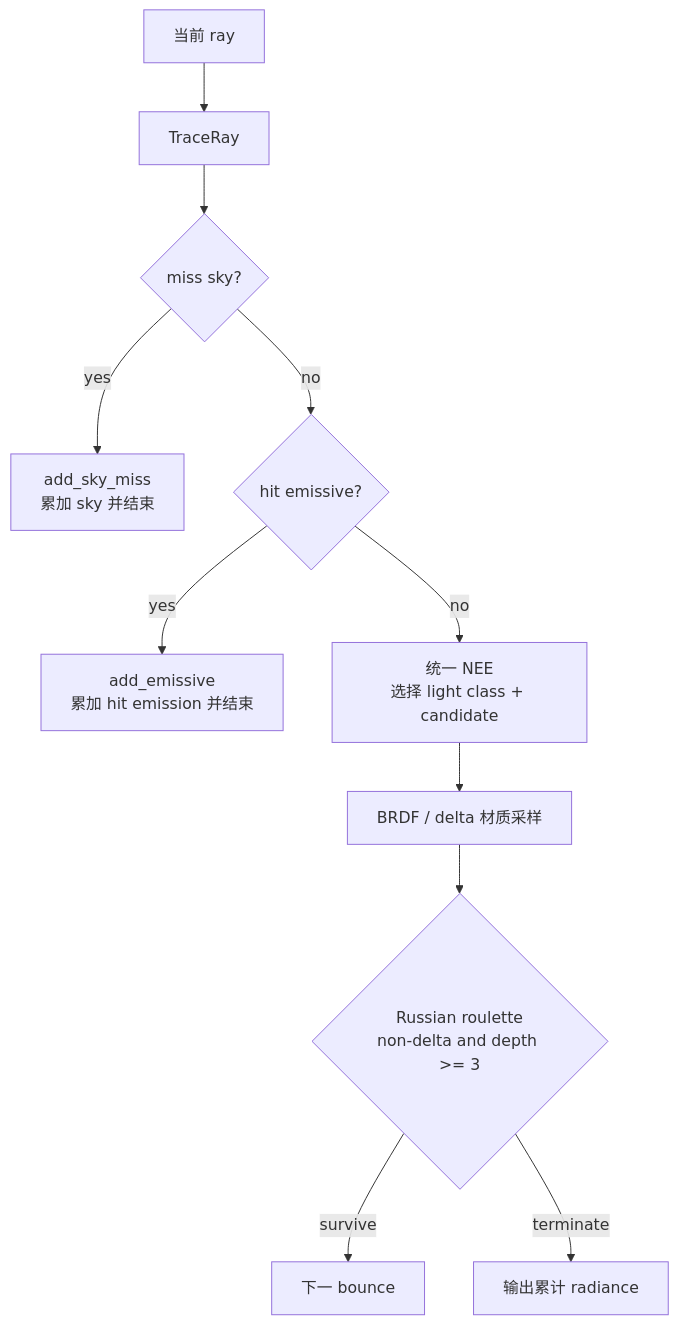
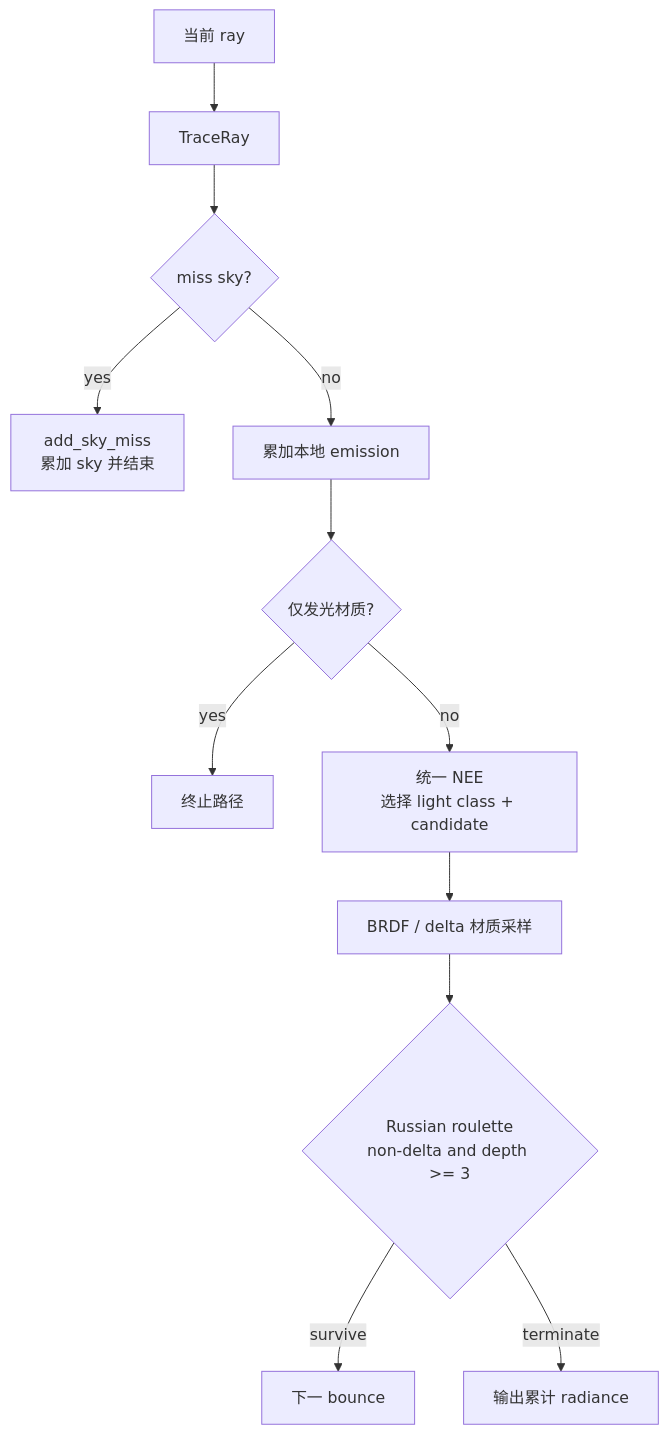
The diagram in docs/summaries/realtime-rt-raytracing-flow.md (acccoco/TruvisRenderer), drawn with Mermaid before and after one commit. The commit also changed other lines of this file and 87 other files, not shown here.

````diff
--- a/docs/summaries/realtime-rt-raytracing-flow.md
+++ b/docs/summaries/realtime-rt-raytracing-flow.md
@@ -54,13 +55,14 @@
 ```mermaid
 flowchart TD
     Ray["当前 ray"] --> Trace["TraceRay"]
     Trace --> Miss{"miss sky?"}
     Miss -- yes --> Sky["add_sky_miss<br/>累加 sky 并结束"]
-    Miss -- no --> Emissive{"hit emissive?"}
-    Emissive -- yes --> HitLight["add_emissive<br/>累加 hit emission 并结束"]
+    Miss -- no --> Emission["累加本地 emission"]
+    Emission --> Emissive{"仅发光材质?"}
+    Emissive -- yes --> HitLight["终止路径"]
     Emissive -- no --> UnifiedNee["统一 NEE<br/>选择 light class + candidate"]
     UnifiedNee --> Brdf["BRDF / delta 材质采样"]
     Brdf --> RR{"Russian roulette<br/>non-delta and depth >= 3"}
     RR -- survive --> Next["下一 bounce"]
     RR -- terminate --> Output["输出累计 radiance"]
 ```
````
